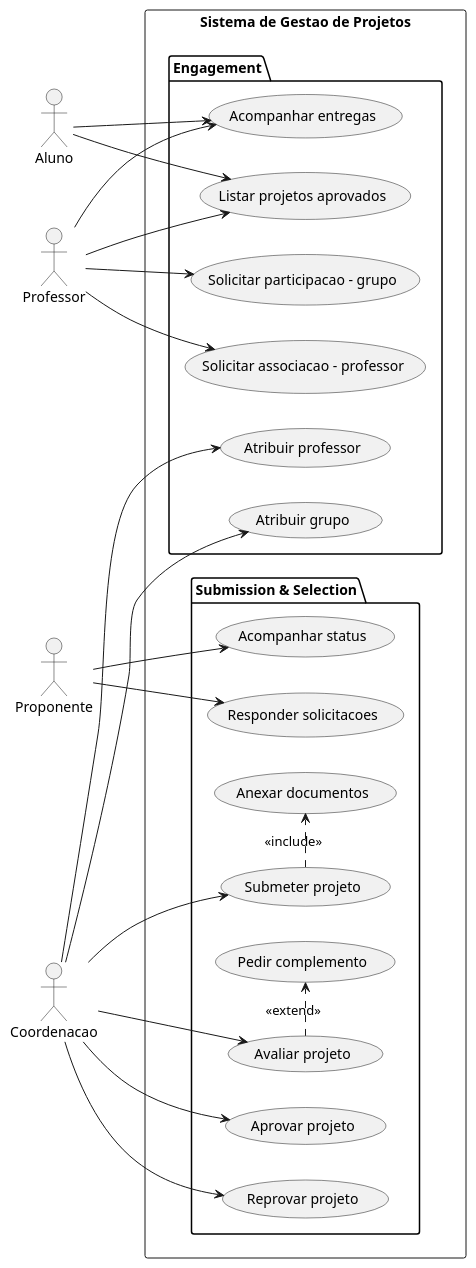
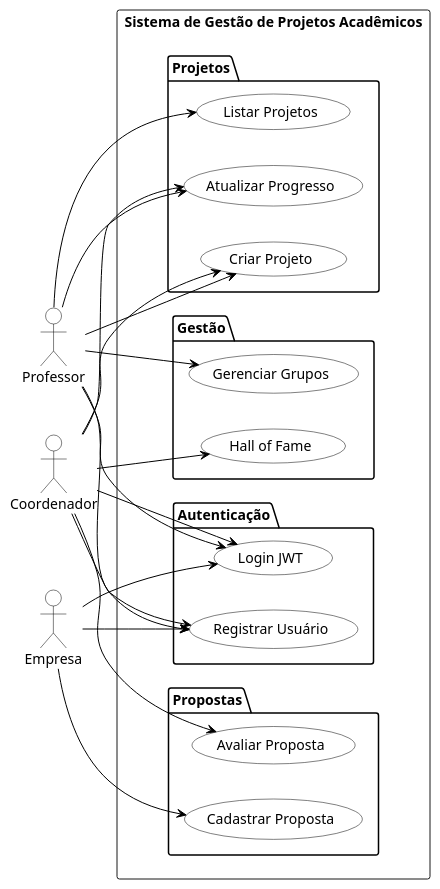
One commit to Projetos-de-Extensao/PBE_25.2_8002_II changed the diagram in docs/casos_de_uso.puml. Above: the diagram before and after it, drawn with PlantUML. The commit also changed 4 other files, not shown here.

Commit message:
Refactor documentation: update use case diagrams, enhance architecture specifications, and clarify requirements for the project management system

```diff
--- a/docs/casos_de_uso.puml
+++ b/docs/casos_de_uso.puml
@@ -1,51 +1,65 @@
-@startuml casos_de_uso_simplificado
+@startuml casos_de_uso
 left to right direction
+skinparam monochrome true
+skinparam shadowing false
+skinparam usecase {
+  BackgroundColor White
+  BorderColor Black
+  ArrowColor Black
+}
+skinparam actor {
+  BackgroundColor White
+  BorderColor Black
+}
 
-actor "Proponente" as A_Prop
-actor "Aluno" as A_Aluno
-actor "Professor" as A_Prof
-actor "Coordenacao" as A_Coord
+actor Professor
+actor Empresa
+actor Coordenador
 
-rectangle "Sistema de Gestao de Projetos" {
-
-  package "Submission & Selection" {
-    usecase UC_Submeter     as "Submeter projeto"
-    usecase UC_Anexar       as "Anexar documentos"
-    usecase UC_Acompanhar   as "Acompanhar status"
-    usecase UC_Responder    as "Responder solicitacoes"
-    usecase UC_Avaliar      as "Avaliar projeto"
-    usecase UC_PedirComp    as "Pedir complemento"
-    usecase UC_Aprovar      as "Aprovar projeto"
-    usecase UC_Reprovar     as "Reprovar projeto"
+rectangle "Sistema de Gestão de Projetos Acadêmicos" {
+  
+  package "Autenticação" {
+    usecase "Registrar Usuário" as UC01
+    usecase "Login JWT" as UC02
+  }
+  
+  package "Propostas" {
+    usecase "Cadastrar Proposta" as UC03
+    usecase "Avaliar Proposta" as UC04
+  }
+  
+  package "Projetos" {
+    usecase "Criar Projeto" as UC05
+    usecase "Atualizar Progresso" as UC06
+    usecase "Listar Projetos" as UC07
+  }
+  
+  package "Gestão" {
+    usecase "Gerenciar Grupos" as UC08
+    usecase "Hall of Fame" as UC09
   }
 
-  package "Engagement" {
-    usecase UC_ListarAprov  as "Listar projetos aprovados"
-    usecase UC_SolicProf    as "Solicitar associacao - professor"
-    usecase UC_SolicGrupo   as "Solicitar participacao - grupo"
-    usecase UC_AtribProf    as "Atribuir professor"
-    usecase UC_AtribGrupo   as "Atribuir grupo"
-    usecase UC_Entregas     as "Acompanhar entregas"
-  }
-  UC_Submeter  .> UC_Anexar   : <<include>>
-  UC_Avaliar   .> UC_PedirComp: <<extend>>
 }
 
-A_Coord  -down-> UC_Submeter
-A_Prop  -down-> UC_Acompanhar
-A_Prop  -down-> UC_Responder
+' Professor
+Professor --> UC01
+Professor --> UC02
+Professor --> UC05
+Professor --> UC06
+Professor --> UC07
+Professor --> UC08
 
-A_Prof  -down-> UC_ListarAprov
-A_Prof  -down-> UC_SolicProf
-A_Prof  -down-> UC_Entregas
+' Empresa
+Empresa --> UC01
+Empresa --> UC02
+Empresa --> UC03
 
-A_Aluno -down-> UC_ListarAprov
-A_Prof -down-> UC_SolicGrupo
-A_Aluno -down-> UC_Entregas
+' Coordenador
+Coordenador --> UC01
+Coordenador --> UC02
+Coordenador --> UC04
+Coordenador --> UC05
+Coordenador --> UC06
+Coordenador --> UC09
 
-A_Coord -down-> UC_Avaliar
-A_Coord -down-> UC_Aprovar
-A_Coord -down-> UC_Reprovar
-A_Coord -down-> UC_AtribProf
-A_Coord -down-> UC_AtribGrupo
 @enduml
```
